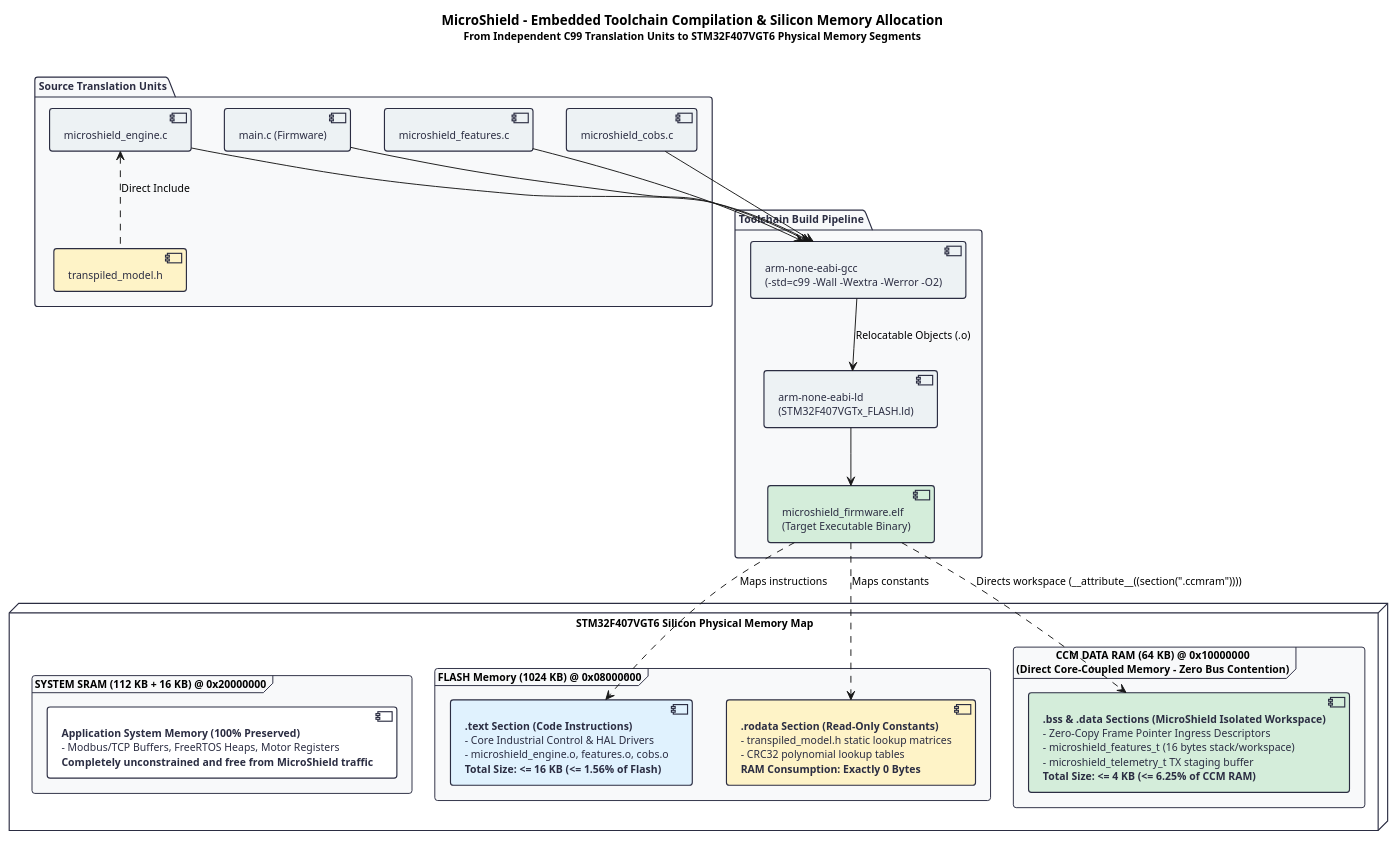
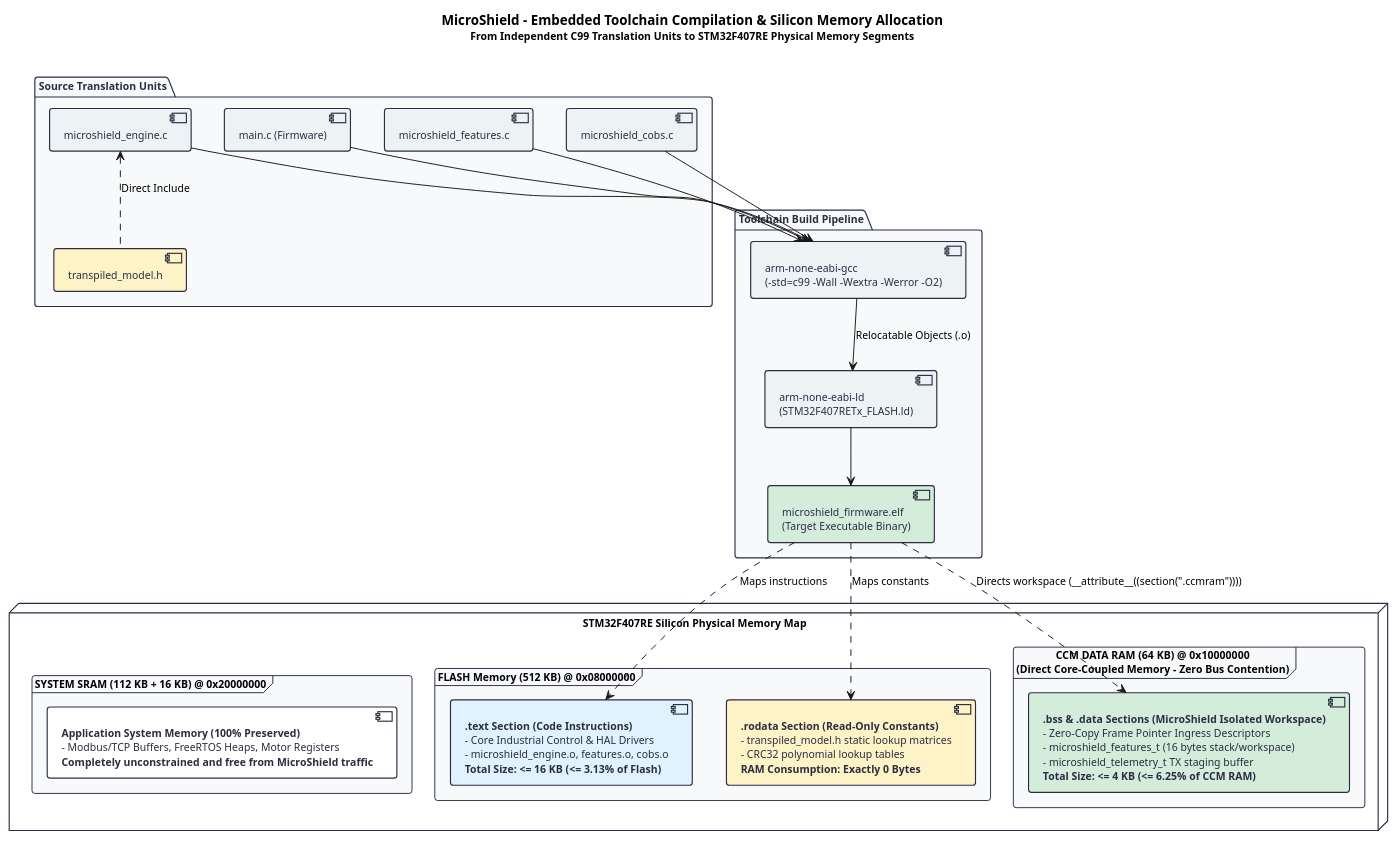
One commit to unibo-dtm-se-2223-microshield/report changed the diagram in diagrams/edge_compilation_memory.puml. Above: the diagram before and after it, drawn with PlantUML. The commit also changed 4 other files, not shown here.

Commit message:
docs(report): align hardware target to STM32F407RE and fix code box styling

```diff
--- a/diagrams/edge_compilation_memory.puml
+++ b/diagrams/edge_compilation_memory.puml
@@ -1,72 +1,72 @@
 @startuml edge_compilation_memory
 skinparam backgroundColor #FFFFFF
 skinparam defaultFontName Arial
 skinparam defaultFontSize 11
 skinparam roundcorner 6
 skinparam shadowing false
 
 skinparam package {
     BackgroundColor #F8F9FA
     BorderColor #2B2D42
     BorderThickness 1.2
     FontColor #2B2D42
 }
 
 skinparam component {
     BackgroundColor #EDF2F4
     BorderColor #2B2D42
     BorderThickness 1.2
     FontColor #2B2D42
 }
 
 skinparam node {
     BackgroundColor #FFFFFF
     BorderColor #2B2D42
     BorderThickness 1.2
 }
 
-title <size:14><b>MicroShield - Embedded Toolchain Compilation & Silicon Memory Allocation</b></size>\n<size:11>From Independent C99 Translation Units to STM32F407VGT6 Physical Memory Segments</size>\n
+title <size:14><b>MicroShield - Embedded Toolchain Compilation & Silicon Memory Allocation</b></size>\n<size:11>From Independent C99 Translation Units to STM32F407RE Physical Memory Segments</size>\n
 
 package "Source Translation Units" as SrcPkg {
     [main.c (Firmware)] as SrcMain
     [microshield_features.c] as SrcFeat
     [microshield_engine.c] as SrcEng
     [microshield_cobs.c] as SrcCOBS
     [transpiled_model.h] as HeaderModel #FEF3C7
 }
 
 package "Toolchain Build Pipeline" as ToolchainPkg {
     [arm-none-eabi-gcc\n(-std=c99 -Wall -Wextra -Werror -O2)] as GCCComp
-    [arm-none-eabi-ld\n(STM32F407VGTx_FLASH.ld)] as Linker
+    [arm-none-eabi-ld\n(STM32F407RETx_FLASH.ld)] as Linker
     [microshield_firmware.elf\n(Target Executable Binary)] as OutELF #D4EDDA
 }
 
 SrcMain --> GCCComp
 SrcFeat --> GCCComp
 SrcEng --> GCCComp
 SrcCOBS --> GCCComp
 HeaderModel .up.> SrcEng : Direct Include
 
 GCCComp --> Linker : Relocatable Objects (.o)
 Linker --> OutELF
 
-node "STM32F407VGT6 Silicon Physical Memory Map" as HWMemory {
-    frame "FLASH Memory (1024 KB) @ 0x08000000" as FlashMem {
-        [<b>.text Section (Code Instructions)</b>\n- Core Industrial Control & HAL Drivers\n- microshield_engine.o, features.o, cobs.o\n<b>Total Size: <= 16 KB (<= 1.56% of Flash)</b>] as FlashText #E0F2FE
+node "STM32F407RE Silicon Physical Memory Map" as HWMemory {
+    frame "FLASH Memory (512 KB) @ 0x08000000" as FlashMem {
+        [<b>.text Section (Code Instructions)</b>\n- Core Industrial Control & HAL Drivers\n- microshield_engine.o, features.o, cobs.o\n<b>Total Size: <= 16 KB (<= 3.13% of Flash)</b>] as FlashText #E0F2FE
         [<b>.rodata Section (Read-Only Constants)</b>\n- transpiled_model.h static lookup matrices\n- CRC32 polynomial lookup tables\n<b>RAM Consumption: Exactly 0 Bytes</b>] as FlashROData #FEF3C7
     }
 
     frame "CCM DATA RAM (64 KB) @ 0x10000000\n(Direct Core-Coupled Memory - Zero Bus Contention)" as CCMMem {
         [<b>.bss & .data Sections (MicroShield Isolated Workspace)</b>\n- Zero-Copy Frame Pointer Ingress Descriptors\n- microshield_features_t (16 bytes stack/workspace)\n- microshield_telemetry_t TX staging buffer\n<b>Total Size: <= 4 KB (<= 6.25% of CCM RAM)</b>] as CCMRam #D4EDDA
     }
 
     frame "SYSTEM SRAM (112 KB + 16 KB) @ 0x20000000" as SysSRAM {
         [<b>Application System Memory (100% Preserved)</b>\n- Modbus/TCP Buffers, FreeRTOS Heaps, Motor Registers\n<b>Completely unconstrained and free from MicroShield traffic</b>] as AppSRAM #FFFFFF
     }
 }
 
 OutELF ..> FlashText : Maps instructions
 OutELF ..> FlashROData : Maps constants
 OutELF ..> CCMRam : Directs workspace (__attribute__((section(".ccmram"))))
 
 @enduml
```
